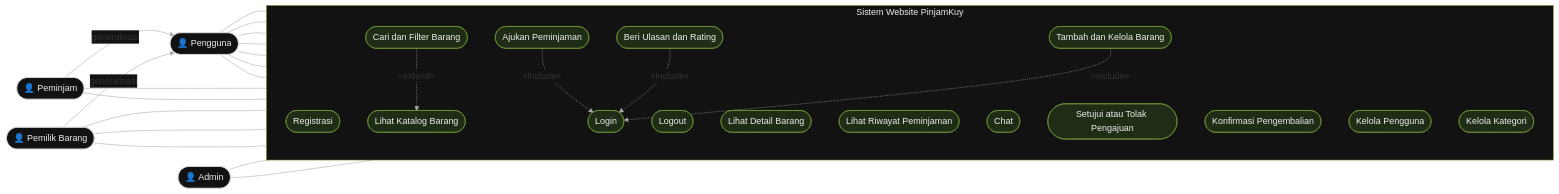
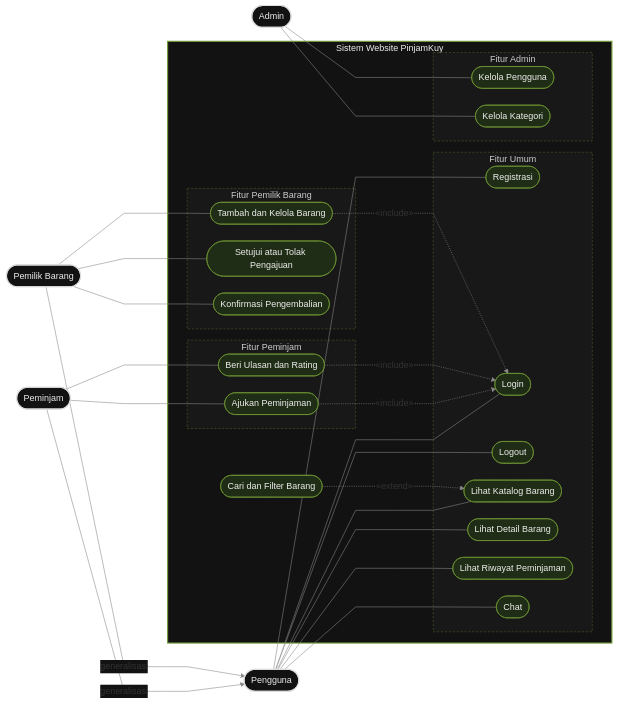
One commit to RPLUNIT052026/KELOMPOK-6---PinjamKuy changed the diagram in sprint-2/use-case.md. Above: the diagram before and after it, drawn with Mermaid. The commit also changed other lines of this file, not shown here.

````diff
--- a/sprint-2/use-case.md
+++ b/sprint-2/use-case.md
@@ -7,59 +7,56 @@
 ```mermaid
-%%{init: {"theme": "base", "themeVariables": {"lineColor": "#AAAAAA", "edgeLabelBackground": "#121212", "fontFamily": "Arial"}}}%%
+%%{init: {"theme": "base", "flowchart": {"curve": "linear", "nodeSpacing": 30, "rankSpacing": 70}, "themeVariables": {"fontFamily": "Arial", "lineColor": "#888888", "edgeLabelBackground": "#121212"}}}%%
 flowchart LR
-    PM(["👤 Peminjam"])
-    PB(["👤 Pemilik Barang"])
-    PG(["👤 Pengguna"])
-    AD(["👤 Admin"])
+    PG(["Pengguna"])
+    PM(["Peminjam"])
+    PB(["Pemilik Barang"])
+    AD(["Admin"])
 
     PM -->|"generalisasi"| PG
     PB -->|"generalisasi"| PG
 
     subgraph SISTEM["Sistem Website PinjamKuy"]
-        direction TB
-        UC1(["Registrasi"])
-        UC2(["Login"])
-        UC3(["Logout"])
-        UC4(["Lihat Katalog Barang"])
+        subgraph UMUM["Fitur Umum"]
+            UC1(["Registrasi"])
+            UC2(["Login"])
+            UC3(["Logout"])
+            UC4(["Lihat Katalog Barang"])
+            UC6(["Lihat Detail Barang"])
+            UC8(["Lihat Riwayat Peminjaman"])
+            UC13(["Chat"])
+        end
+        subgraph PINJAM["Fitur Peminjam"]
+            UC7(["Ajukan Peminjaman"])
+            UC9(["Beri Ulasan dan Rating"])
+        end
+        subgraph PEMILIK["Fitur Pemilik Barang"]
+            UC10(["Tambah dan Kelola Barang"])
+            UC11(["Setujui atau Tolak Pengajuan"])
+            UC12(["Konfirmasi Pengembalian"])
+        end
+        subgraph ADMIN["Fitur Admin"]
+            UC14(["Kelola Pengguna"])
+            UC15(["Kelola Kategori"])
+        end
         UC5(["Cari dan Filter Barang"])
-        UC6(["Lihat Detail Barang"])
-        UC8(["Lihat Riwayat Peminjaman"])
-        UC13(["Chat"])
-        UC7(["Ajukan Peminjaman"])
-        UC9(["Beri Ulasan dan Rating"])
-        UC10(["Tambah dan Kelola Barang"])
-        UC11(["Setujui atau Tolak Pengajuan"])
-        UC12(["Konfirmasi Pengembalian"])
-        UC14(["Kelola Pengguna"])
-        UC15(["Kelola Kategori"])
     end
 
-    PG --- UC1
-    PG --- UC2
-    PG --- UC3
-    PG --- UC4
-    PG --- UC6
-    PG --- UC8
-    PG --- UC13
-
-    PM --- UC7
-    PM --- UC9
-
-    PB --- UC10
-    PB --- UC11
-    PB --- UC12
-
-    AD --- UC14
-    AD --- UC15
+    PG --- UC1 & UC2 & UC3 & UC4 & UC6 & UC8 & UC13
+    PM --- UC7 & UC9
+    PB --- UC10 & UC11 & UC12
+    AD --- UC14 & UC15
 
     UC5 -.->|"«extend»"| UC4
     UC7 -.->|"«include»"| UC2
     UC9 -.->|"«include»"| UC2
     UC10 -.->|"«include»"| UC2
 
-    classDef actor fill:#121212,stroke:#DDDDDD,color:#EEEEEE
+    classDef actor fill:#121212,stroke:#DDDDDD,color:#EEEEEE,stroke-width:2px
     classDef usecase fill:#1F2D16,stroke:#739A36,color:#EEEEEE
-    class PM,PB,PG,AD actor
+    classDef group fill:#181818,stroke:#4A6324,color:#CCCCCC,stroke-dasharray:4 3
+
+    class PG,PM,PB,AD actor
     class UC1,UC2,UC3,UC4,UC5,UC6,UC7,UC8,UC9,UC10,UC11,UC12,UC13,UC14,UC15 usecase
-    style SISTEM fill:#121212,stroke:#739A36,color:#EEEEEE
+    class UMUM,PINJAM,PEMILIK,ADMIN group
+    style SISTEM fill:#121212,stroke:#739A36,color:#EEEEEE,stroke-width:2px
 ```
````
